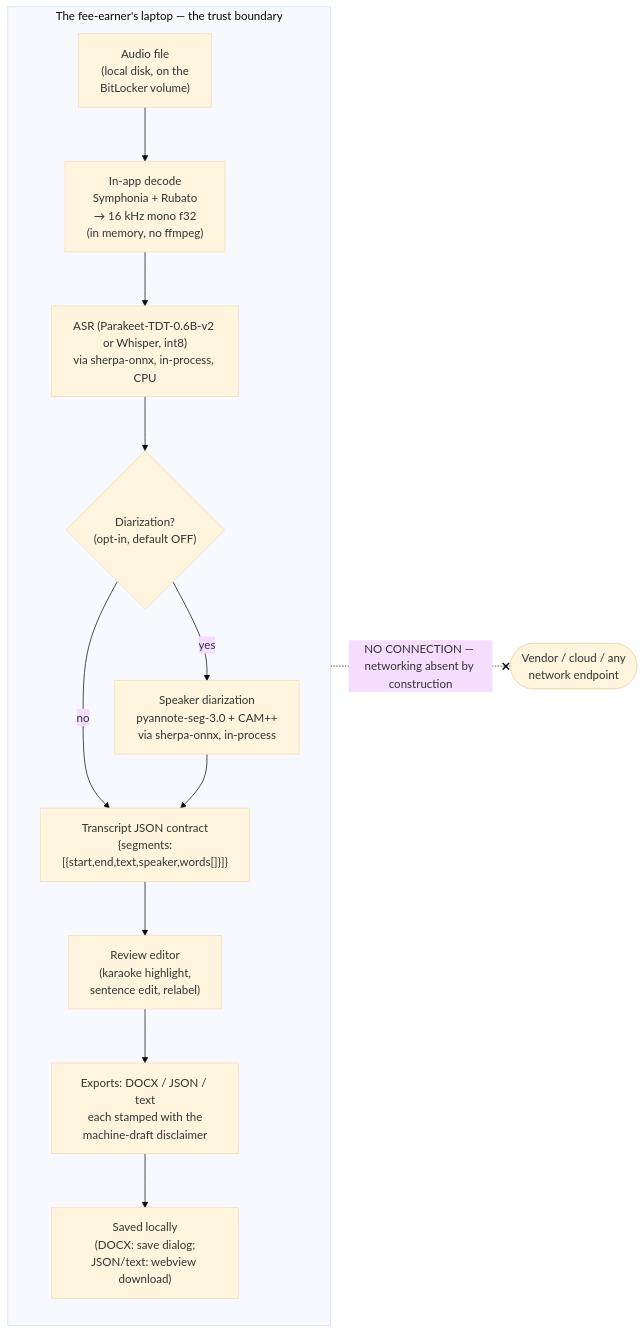
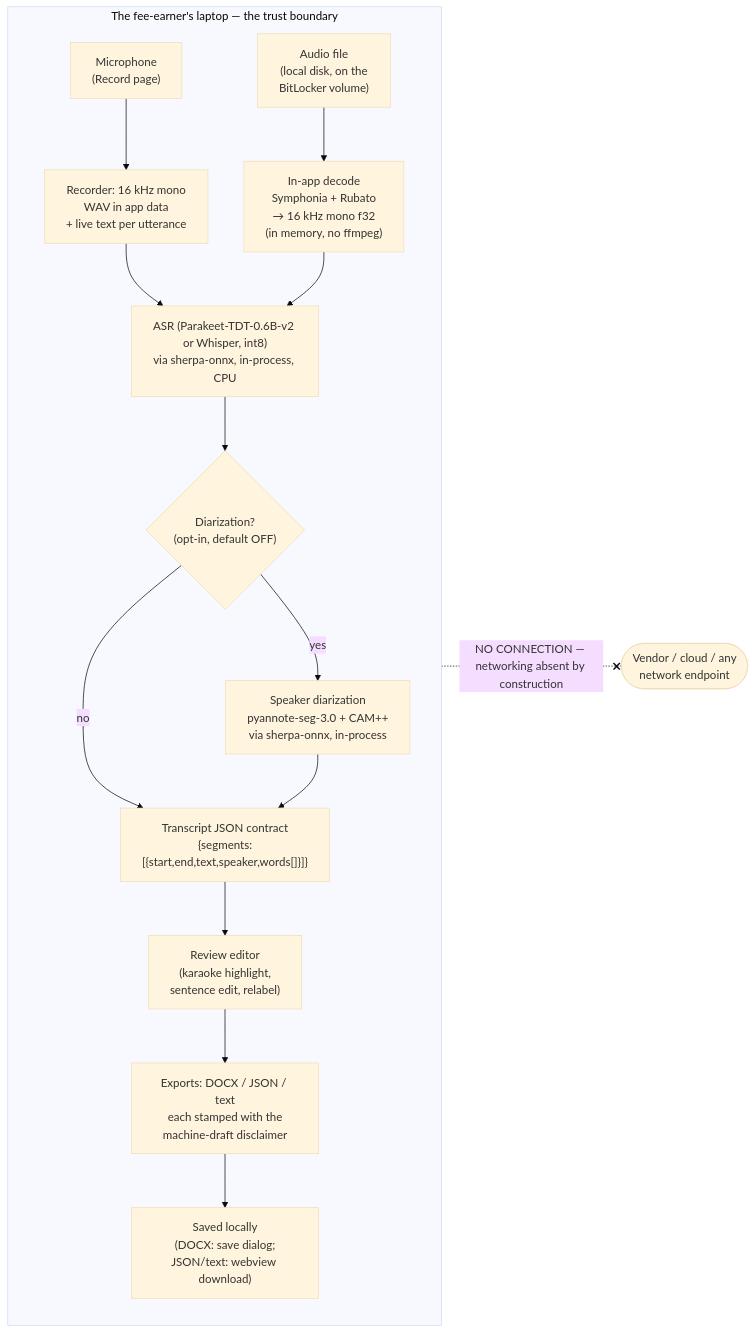
One commit to KindTechUK/folio changed the diagram in docs/assurance/data-flow.md. Above: the diagram before and after it, drawn with Mermaid (base theme). The commit also changed other lines of this file and 5 other files, not shown here.

````diff
--- a/docs/assurance/data-flow.md
+++ b/docs/assurance/data-flow.md
@@ -17,28 +17,33 @@
 ```mermaid
 flowchart LR
     A["Audio file<br/>(local disk, on the<br/>BitLocker volume)"]
       --> B["In-app decode<br/>Symphonia + Rubato<br/>→ 16 kHz mono f32<br/>(in memory, no ffmpeg)"]
+    M["Microphone<br/>(Record page)"]
+      --> R["Recorder: 16 kHz mono<br/>WAV in app data<br/>+ live text per utterance"]
+    R --> C
     B --> C["ASR (Parakeet-TDT-0.6B-v2 or Whisper, int8)<br/>via sherpa-onnx, in-process, CPU"]
     C --> D{"Diarization?<br/>(opt-in, default OFF)"}
     D -- "yes" --> E["Speaker diarization<br/>pyannote-seg-3.0 + CAM++<br/>via sherpa-onnx, in-process"]
     D -- "no" --> F
     E --> F["Transcript JSON contract<br/>{segments:[{start,end,text,speaker,words[]}]}"]
     F --> G["Review editor<br/>(karaoke highlight,<br/>sentence edit, relabel)"]
     G --> H["Exports: DOCX / JSON / text<br/>each stamped with the<br/>machine-draft disclaimer"]
     H --> I["Saved locally<br/>(DOCX: save dialog;<br/>JSON/text: webview download)"]
 
     subgraph DEVICE["The fee-earner's laptop — the trust boundary"]
         A
+        M
+        R
         B
         C
         D
         E
         F
         G
         H
         I
     end
 
     X(["Vendor / cloud / any<br/>network endpoint"])
     DEVICE -. "NO CONNECTION — networking absent by construction" .-x X
 ```
````
